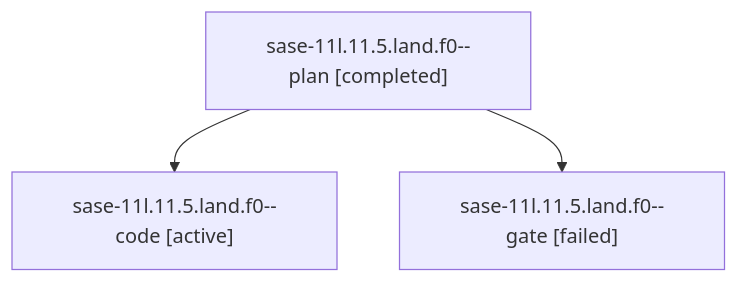
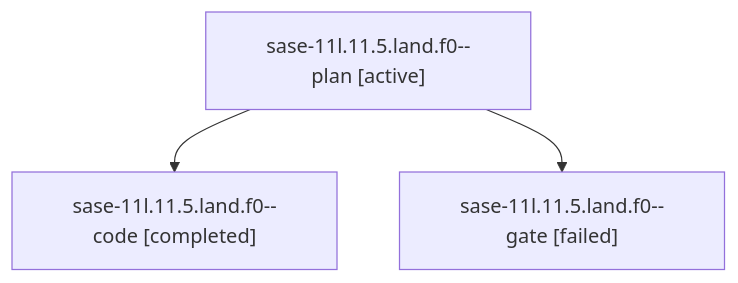
Before and after one commit to sase-org/sase--agents: the diagram in families/bbugyi200.athena.sase-11l.11.5.land.f0.md, drawn with Mermaid. The commit also changed other lines of this file and 35830 other files, not shown here.

````diff
--- a/families/bbugyi200.athena.sase-11l.11.5.land.f0.md
+++ b/families/bbugyi200.athena.sase-11l.11.5.land.f0.md
@@ -9,8 +9,8 @@
 ```mermaid
 flowchart TD
-  n0["sase-11l.11.5.land.f0--plan [completed]"]
-  n1["sase-11l.11.5.land.f0--code [active]"]
+  n0["sase-11l.11.5.land.f0--plan [active]"]
+  n1["sase-11l.11.5.land.f0--code [completed]"]
   n0 --> n1
   n2["sase-11l.11.5.land.f0--gate [failed]"]
   n0 --> n2
 ```
````
